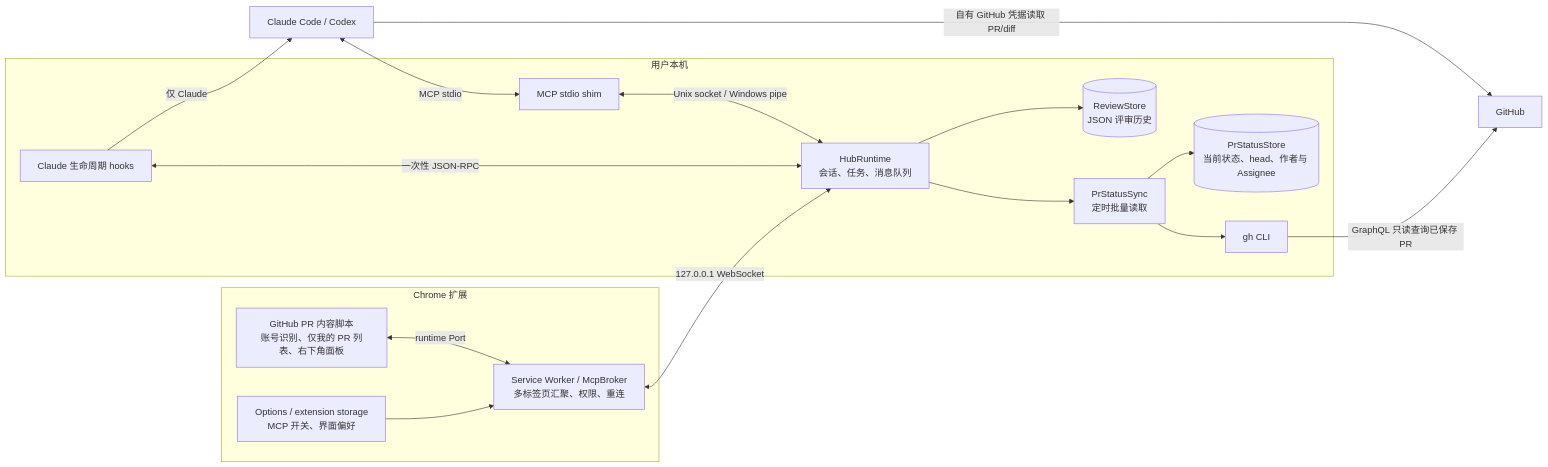
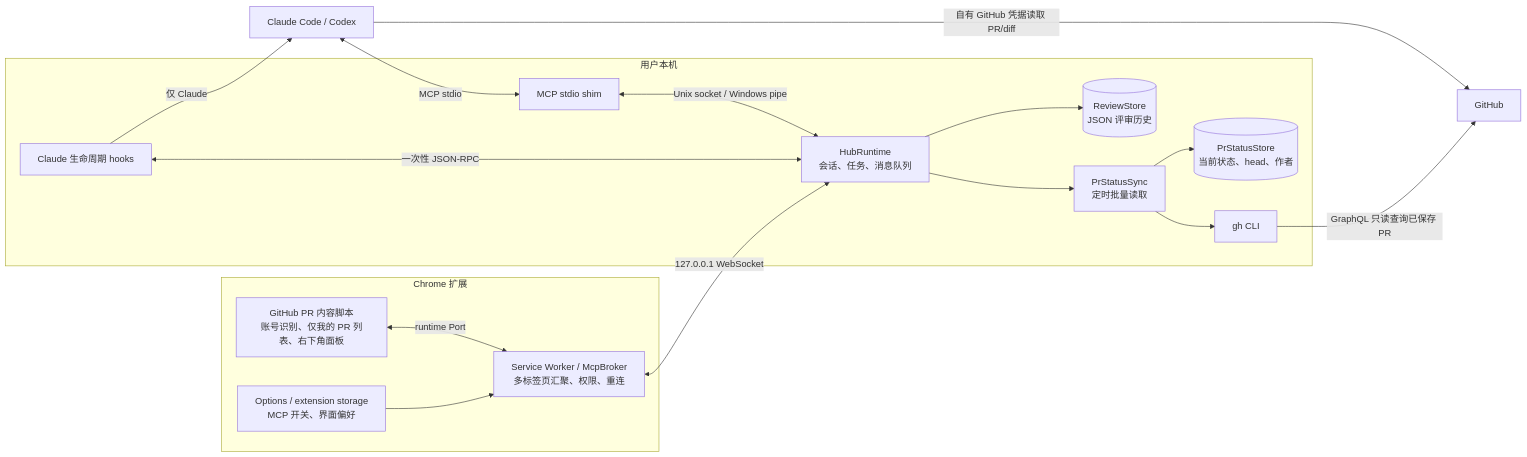
The first of 3 diagrams in packages/pr-agent-panel/ARCHITECTURE.zh-CN.md (ZenUml/conf-app), drawn with Mermaid before and after one commit. The commit also changed other lines of this file and 9 other files, not shown here.

````diff
--- a/packages/pr-agent-panel/ARCHITECTURE.zh-CN.md
+++ b/packages/pr-agent-panel/ARCHITECTURE.zh-CN.md
@@ -7,32 +7,32 @@
 ```mermaid
 flowchart LR
   subgraph Chrome["Chrome 扩展"]
     Page["GitHub PR 内容脚本<br/>账号识别、仅我的 PR 列表、右下角面板"]
     Broker["Service Worker / McpBroker<br/>多标签页汇聚、权限、重连"]
     Prefs["Options / extension storage<br/>MCP 开关、界面偏好"]
     Page <-->|"runtime Port"| Broker
     Prefs --> Broker
   end
 
   subgraph Local["用户本机"]
     Hub["HubRuntime<br/>会话、任务、消息队列"]
     Store[("ReviewStore<br/>JSON 评审历史")]
     Sync["PrStatusSync<br/>定时批量读取"]
-    Current[("PrStatusStore<br/>当前状态、head、作者与 Assignee")]
+    Current[("PrStatusStore<br/>当前状态、head、作者")]
     Gh["gh CLI"]
     Shim["MCP stdio shim"]
     Hooks["Claude 生命周期 hooks"]
     Hub --> Store
     Hub --> Sync
     Sync --> Current
     Sync --> Gh
     Shim <-->|"Unix socket / Windows pipe"| Hub
     Hooks <-->|"一次性 JSON-RPC"| Hub
   end
 
   Broker <-->|"127.0.0.1 WebSocket"| Hub
   Agent["Claude Code / Codex"] <-->|"MCP stdio"| Shim
   Agent -->|"自有 GitHub 凭据读取 PR/diff"| GitHub["GitHub"]
   Gh -->|"GraphQL 只读查询已保存 PR"| GitHub
   Hooks -->|"仅 Claude"| Agent
 ```
````
